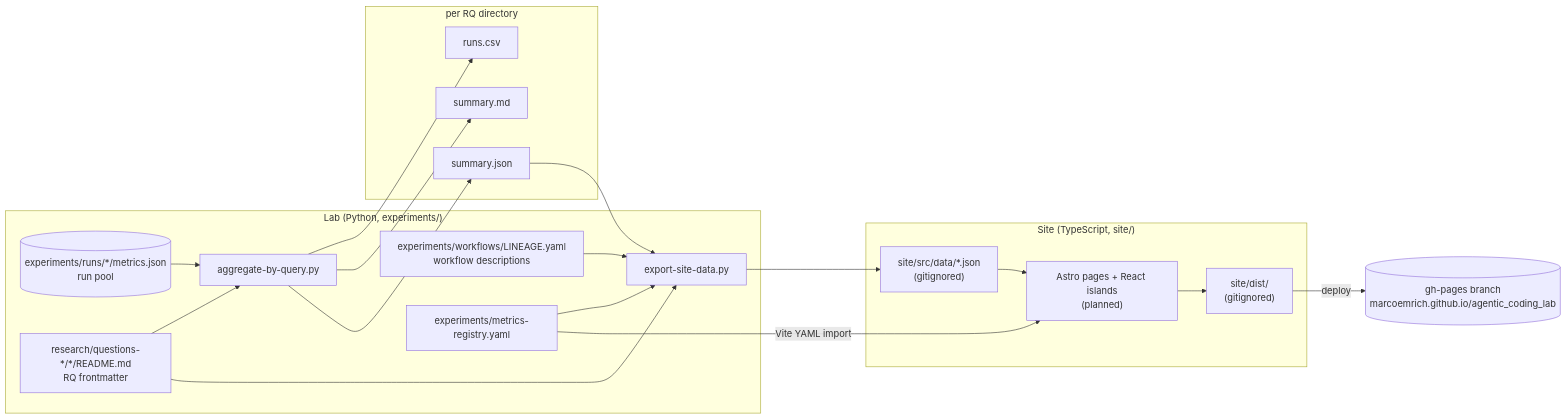
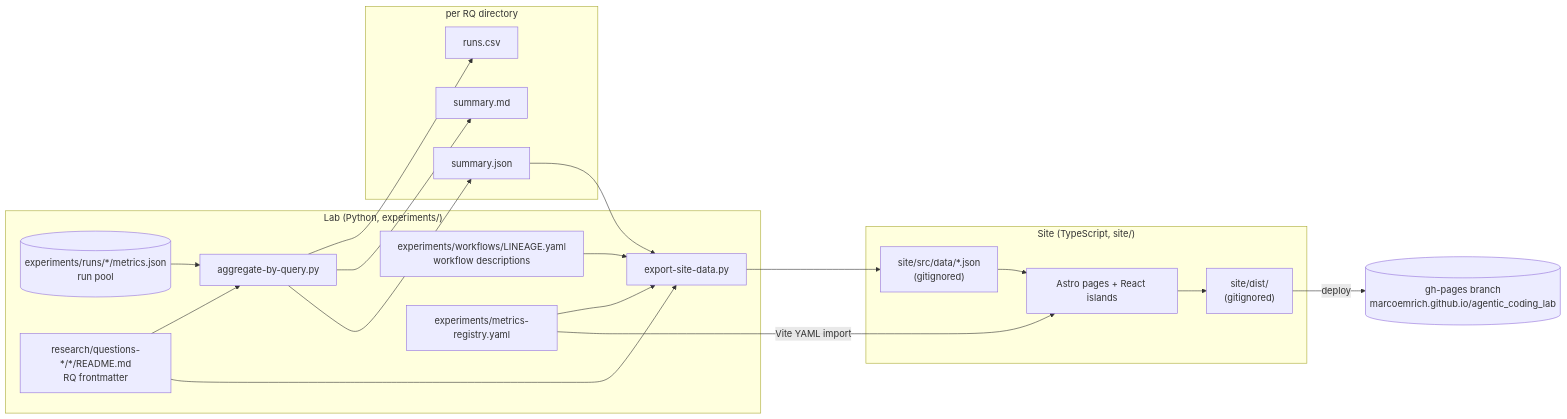
Before and after one commit to marcoemrich/agentic_coding_lab: the first of 4 diagrams in site/docs/architecture.md, drawn with Mermaid. The commit also changed other lines of this file and 17 other files, not shown here.

````diff
--- a/site/docs/architecture.md
+++ b/site/docs/architecture.md
@@ -12,32 +12,32 @@
 ```mermaid
 flowchart LR
   subgraph lab["Lab (Python, experiments/)"]
     runs[("experiments/runs/*/metrics.json<br/>run pool")]
     rq["research/questions-*/*/README.md<br/>RQ frontmatter"]
     lin["experiments/workflows/LINEAGE.yaml<br/>workflow descriptions"]
     reg["experiments/metrics-registry.yaml"]
     agg["aggregate-by-query.py"]
     exp["export-site-data.py"]
   end
   subgraph rqdir["per RQ directory"]
     csv["runs.csv"]
     md["summary.md"]
     sj["summary.json"]
   end
   subgraph site["Site (TypeScript, site/)"]
     data["site/src/data/*.json<br/>(gitignored)"]
-    astro["Astro pages + React islands<br/>(planned)"]
+    astro["Astro pages + React islands"]
     dist["site/dist/<br/>(gitignored)"]
   end
   pages[("gh-pages branch<br/>marcoemrich.github.io/agentic_coding_lab")]
 
   runs --> agg
   rq --> agg
   agg --> csv & md & sj
   sj --> exp
   rq --> exp
   lin --> exp
   reg --> exp
   reg -->|Vite YAML import| astro
   exp --> data --> astro --> dist -->|deploy| pages
 ```
````
